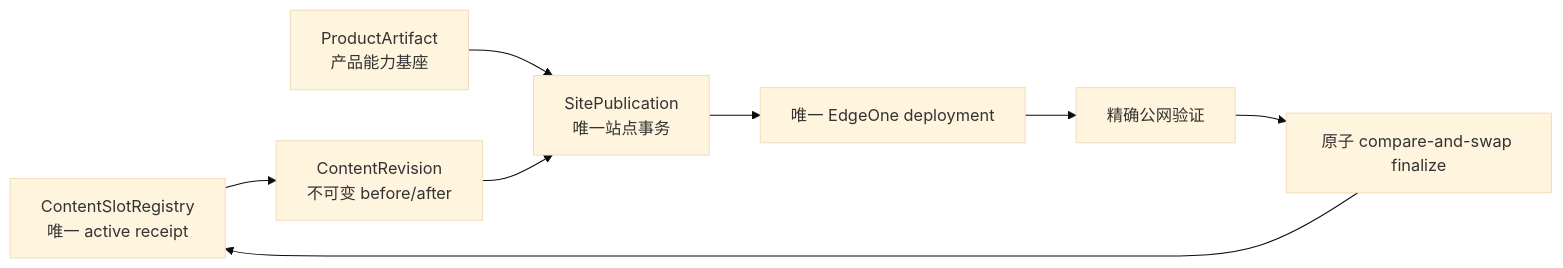
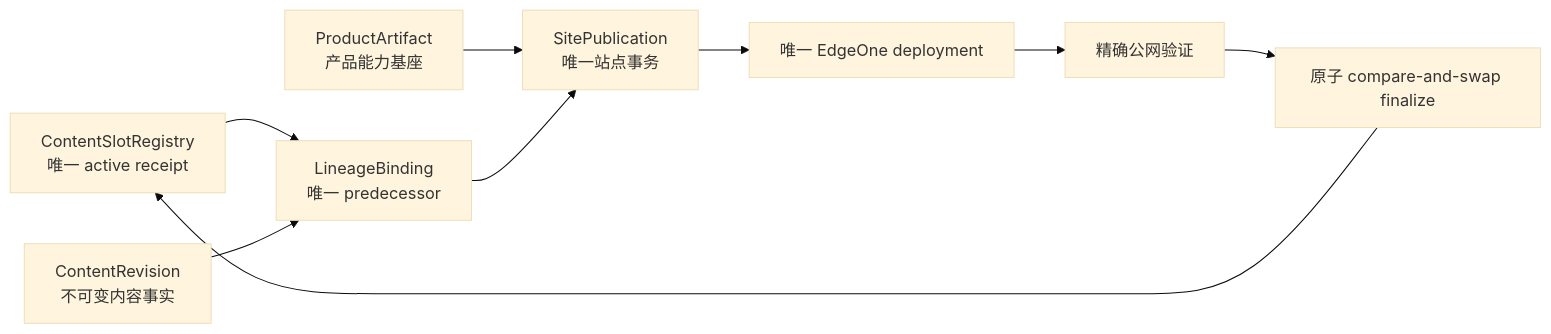
The diagram in docs/iterations/current.md (Chizheng4/xingbuild), drawn with Mermaid (base theme) before and after one commit. The commit also changed other lines of this file and 13 other files, not shown here.

Commit message:
fix: persist registry lineage binding for immutable revision resume

````diff
--- a/docs/iterations/current.md
+++ b/docs/iterations/current.md
@@ -17,10 +17,11 @@
 ```mermaid
 flowchart LR
-    R[ContentSlotRegistry\n唯一 active receipt] --> V[ContentRevision\n不可变 before/after]
+    R[ContentSlotRegistry\n唯一 active receipt] --> L[LineageBinding\n唯一 predecessor]
+    V[ContentRevision\n不可变内容事实] --> L
     P[ProductArtifact\n产品能力基座] --> S[SitePublication\n唯一站点事务]
-    V --> S
+    L --> S
     S --> E[唯一 EdgeOne deployment]
     E --> Q[精确公网验证]
     Q --> F[原子 compare-and-swap finalize]
     F --> R
 ```
````
